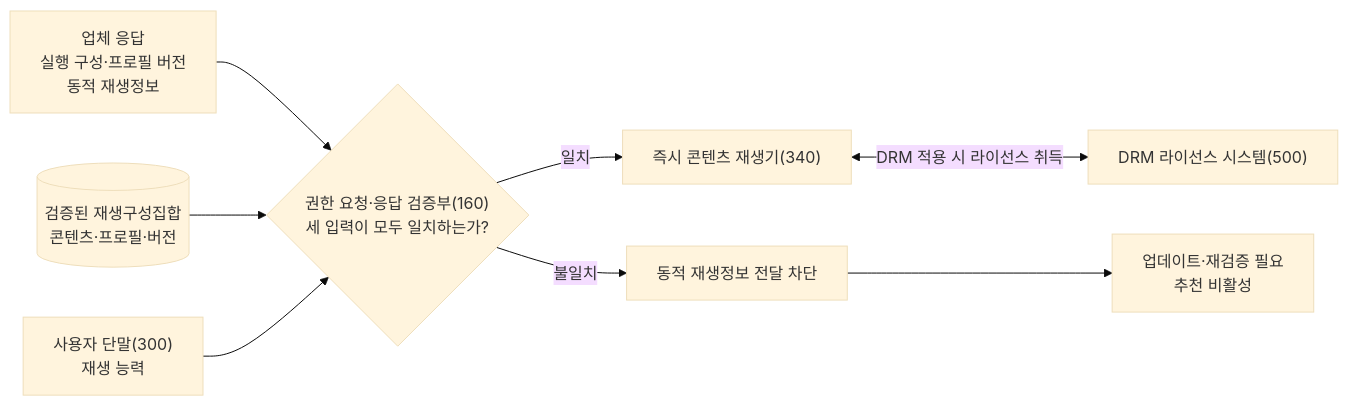
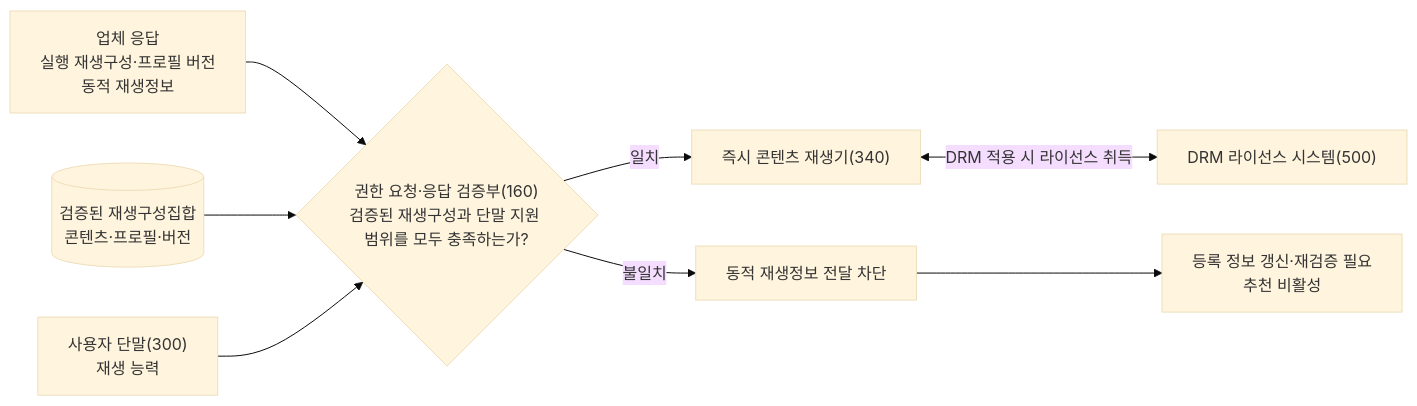
The fourth of 14 diagrams in instant_play_직무발명서_개선본.md (growdai1y/instant-play), drawn with Mermaid (base theme) before and after one commit. The commit also changed other lines of this file and 10 other files, not shown here.

````diff
--- a/instant_play_직무발명서_개선본.md
+++ b/instant_play_직무발명서_개선본.md
@@ -241,19 +241,19 @@
 ```mermaid
 flowchart LR
-    RESPONSE["업체 응답<br/>실행 구성·프로필 버전<br/>동적 재생정보"]
+    RESPONSE["업체 응답<br/>실행 재생구성·프로필 버전<br/>동적 재생정보"]
     VERIFIED[("검증된 재생구성집합<br/>콘텐츠·프로필·버전")]
     CAPABILITY["사용자 단말(300)<br/>재생 능력"]
-    CHECK{"권한 요청·응답 검증부(160)<br/>세 입력이 모두 일치하는가?"}
+    CHECK{"권한 요청·응답 검증부(160)<br/>검증된 재생구성과 단말 지원 범위를 모두 충족하는가?"}
     PLAYER["즉시 콘텐츠 재생기(340)"]
     DRM["DRM 라이선스 시스템(500)"]
     BLOCK["동적 재생정보 전달 차단"]
-    STATE["업데이트·재검증 필요<br/>추천 비활성"]
+    STATE["등록 정보 갱신·재검증 필요<br/>추천 비활성"]
 
     RESPONSE --> CHECK
     VERIFIED --> CHECK
     CAPABILITY --> CHECK
     CHECK -->|"일치"| PLAYER
     PLAYER <-->|"DRM 적용 시 라이선스 취득"| DRM
     CHECK -->|"불일치"| BLOCK
     BLOCK --> STATE
 ```
````
